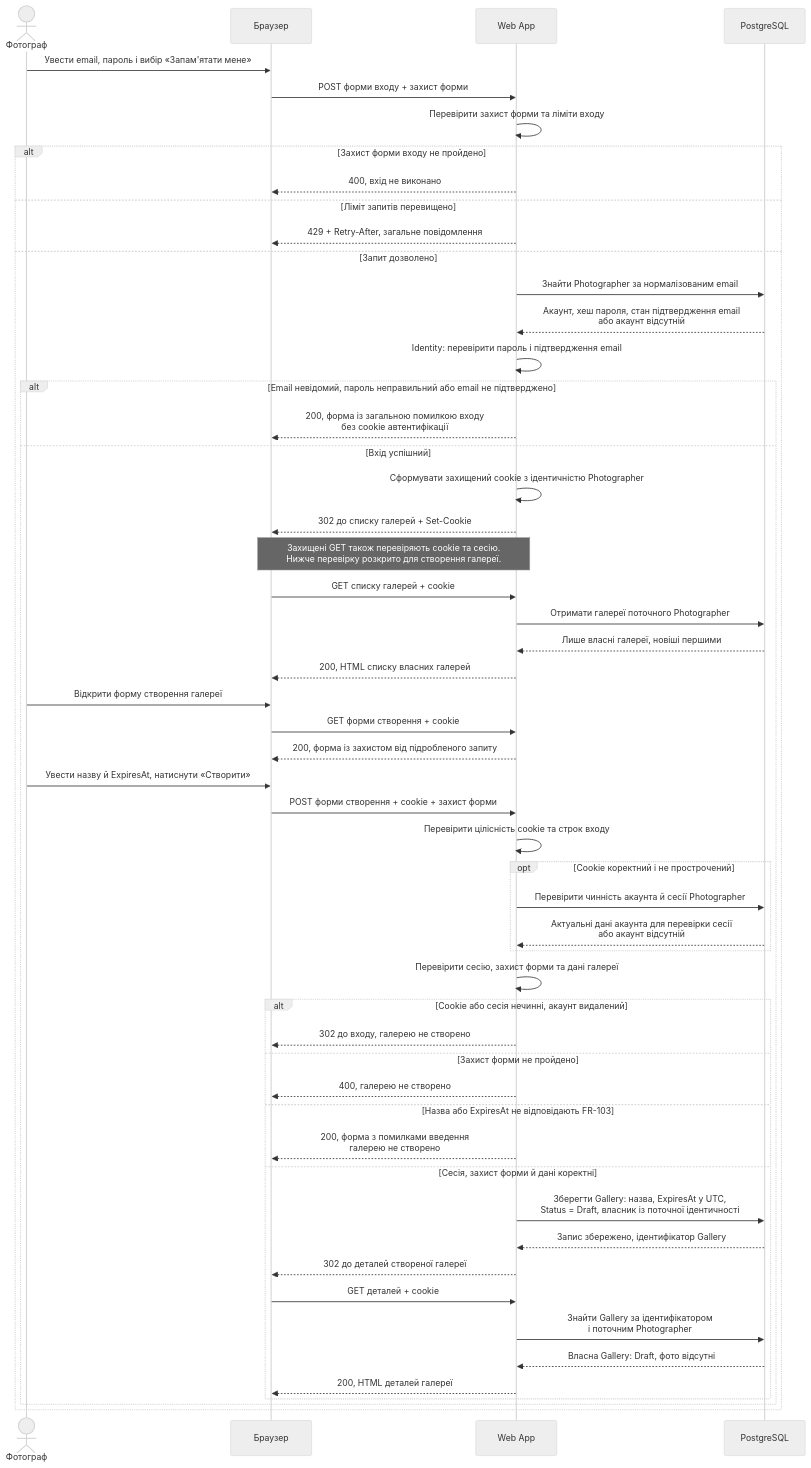
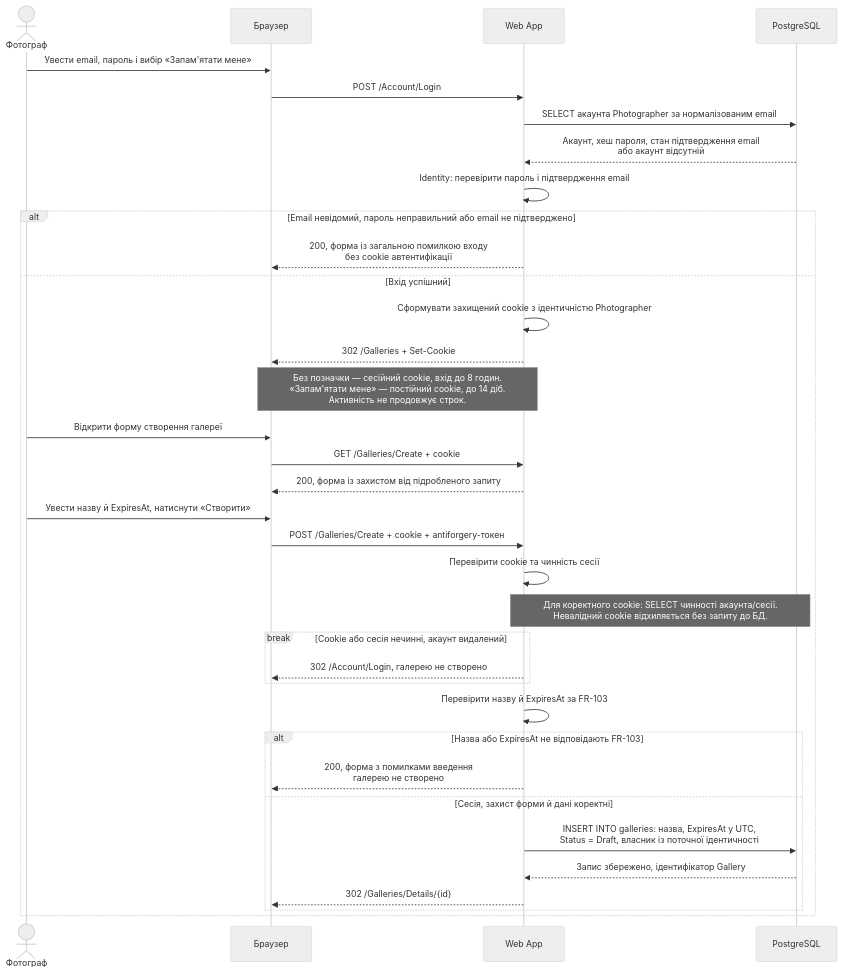
The diagram in docs/04-architecture/flow-zone-a.md (alonasaienko/picpick), drawn with Mermaid (neutral theme) before and after one commit. The commit also changed other lines of this file, not shown here.

Commit message:
docs(architecture): simplify zone A sequence after review

````diff
--- a/docs/04-architecture/flow-zone-a.md
+++ b/docs/04-architecture/flow-zone-a.md
@@ -7,58 +7,39 @@
 ```mermaid
 sequenceDiagram
     actor Photographer as Фотограф
     participant Browser as Браузер
     participant WebApp as Web App
     participant PostgreSQL as PostgreSQL
 
     Photographer->>Browser: Увести email, пароль і вибір «Запам'ятати мене»
-    Browser->>WebApp: POST форми входу + захист форми
-    WebApp->>WebApp: Перевірити захист форми та ліміти входу
-    alt Захист форми входу не пройдено
-        WebApp-->>Browser: 400, вхід не виконано
-    else Ліміт запитів перевищено
-        WebApp-->>Browser: 429 + Retry-After, загальне повідомлення
-    else Запит дозволено
-        WebApp->>PostgreSQL: Знайти Photographer за нормалізованим email
-        PostgreSQL-->>WebApp: Акаунт, хеш пароля, стан підтвердження email<br/>або акаунт відсутній
-        WebApp->>WebApp: Identity: перевірити пароль і підтвердження email
-        alt Email невідомий, пароль неправильний або email не підтверджено
-            WebApp-->>Browser: 200, форма із загальною помилкою входу<br/>без cookie автентифікації
-        else Вхід успішний
-            WebApp->>WebApp: Сформувати захищений cookie з ідентичністю Photographer
-            WebApp-->>Browser: 302 до списку галерей + Set-Cookie
-            Note over Browser,WebApp: Захищені GET також перевіряють cookie та сесію.<br/>Нижче перевірку розкрито для створення галереї.
-            Browser->>WebApp: GET списку галерей + cookie
-            WebApp->>PostgreSQL: Отримати галереї поточного Photographer
-            PostgreSQL-->>WebApp: Лише власні галереї, новіші першими
-            WebApp-->>Browser: 200, HTML списку власних галерей
+    Browser->>WebApp: POST /Account/Login
+    WebApp->>PostgreSQL: SELECT акаунта Photographer за нормалізованим email
+    PostgreSQL-->>WebApp: Акаунт, хеш пароля, стан підтвердження email<br/>або акаунт відсутній
+    WebApp->>WebApp: Identity: перевірити пароль і підтвердження email
+    alt Email невідомий, пароль неправильний або email не підтверджено
+        WebApp-->>Browser: 200, форма із загальною помилкою входу<br/>без cookie автентифікації
+    else Вхід успішний
+        WebApp->>WebApp: Сформувати захищений cookie з ідентичністю Photographer
+        WebApp-->>Browser: 302 /Galleries + Set-Cookie
+        Note over Browser,WebApp: Без позначки — сесійний cookie, вхід до 8 годин.<br/>«Запам'ятати мене» — постійний cookie, до 14 діб.<br/>Активність не продовжує строк.
 
-            Photographer->>Browser: Відкрити форму створення галереї
-            Browser->>WebApp: GET форми створення + cookie
-            WebApp-->>Browser: 200, форма із захистом від підробленого запиту
-            Photographer->>Browser: Увести назву й ExpiresAt, натиснути «Створити»
-            Browser->>WebApp: POST форми створення + cookie + захист форми
-            WebApp->>WebApp: Перевірити цілісність cookie та строк входу
-            opt Cookie коректний і не прострочений
-                WebApp->>PostgreSQL: Перевірити чинність акаунта й сесії Photographer
-                PostgreSQL-->>WebApp: Актуальні дані акаунта для перевірки сесії<br/>або акаунт відсутній
-            end
-            WebApp->>WebApp: Перевірити сесію, захист форми та дані галереї
-            alt Cookie або сесія нечинні, акаунт видалений
-                WebApp-->>Browser: 302 до входу, галерею не створено
-            else Захист форми не пройдено
-                WebApp-->>Browser: 400, галерею не створено
-            else Назва або ExpiresAt не відповідають FR-103
-                WebApp-->>Browser: 200, форма з помилками введення<br/>галерею не створено
-            else Сесія, захист форми й дані коректні
-                WebApp->>PostgreSQL: Зберегти Gallery: назва, ExpiresAt у UTC,<br/>Status = Draft, власник із поточної ідентичності
-                PostgreSQL-->>WebApp: Запис збережено, ідентифікатор Gallery
-                WebApp-->>Browser: 302 до деталей створеної галереї
-                Browser->>WebApp: GET деталей + cookie
-                WebApp->>PostgreSQL: Знайти Gallery за ідентифікатором<br/>і поточним Photographer
-                PostgreSQL-->>WebApp: Власна Gallery: Draft, фото відсутні
-                WebApp-->>Browser: 200, HTML деталей галереї
-            end
+        Photographer->>Browser: Відкрити форму створення галереї
+        Browser->>WebApp: GET /Galleries/Create + cookie
+        WebApp-->>Browser: 200, форма із захистом від підробленого запиту
+        Photographer->>Browser: Увести назву й ExpiresAt, натиснути «Створити»
+        Browser->>WebApp: POST /Galleries/Create + cookie + antiforgery-токен
+        WebApp->>WebApp: Перевірити cookie та чинність сесії
+        Note over WebApp,PostgreSQL: Для коректного cookie: SELECT чинності акаунта/сесії.<br/>Невалідний cookie відхиляється без запиту до БД.
+        break Cookie або сесія нечинні, акаунт видалений
+            WebApp-->>Browser: 302 /Account/Login, галерею не створено
+        end
+        WebApp->>WebApp: Перевірити назву й ExpiresAt за FR-103
+        alt Назва або ExpiresAt не відповідають FR-103
+            WebApp-->>Browser: 200, форма з помилками введення<br/>галерею не створено
+        else Сесія, захист форми й дані коректні
+            WebApp->>PostgreSQL: INSERT INTO galleries: назва, ExpiresAt у UTC,<br/>Status = Draft, власник із поточної ідентичності
+            PostgreSQL-->>WebApp: Запис збережено, ідентифікатор Gallery
+            WebApp-->>Browser: 302 /Galleries/Details/{id}
         end
     end
 ```
````
